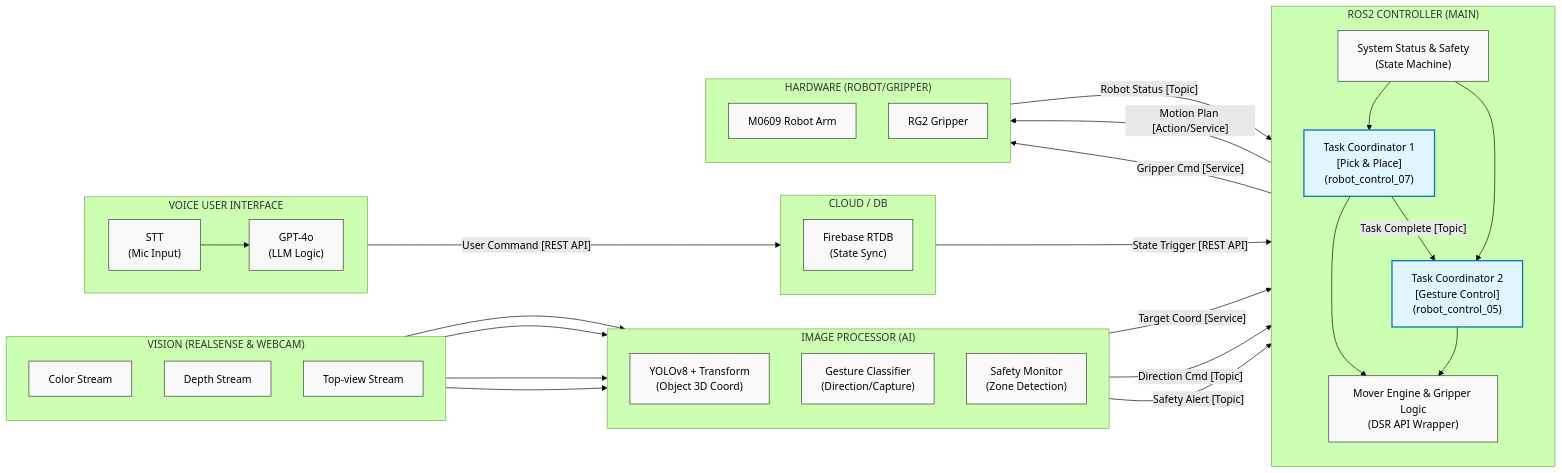
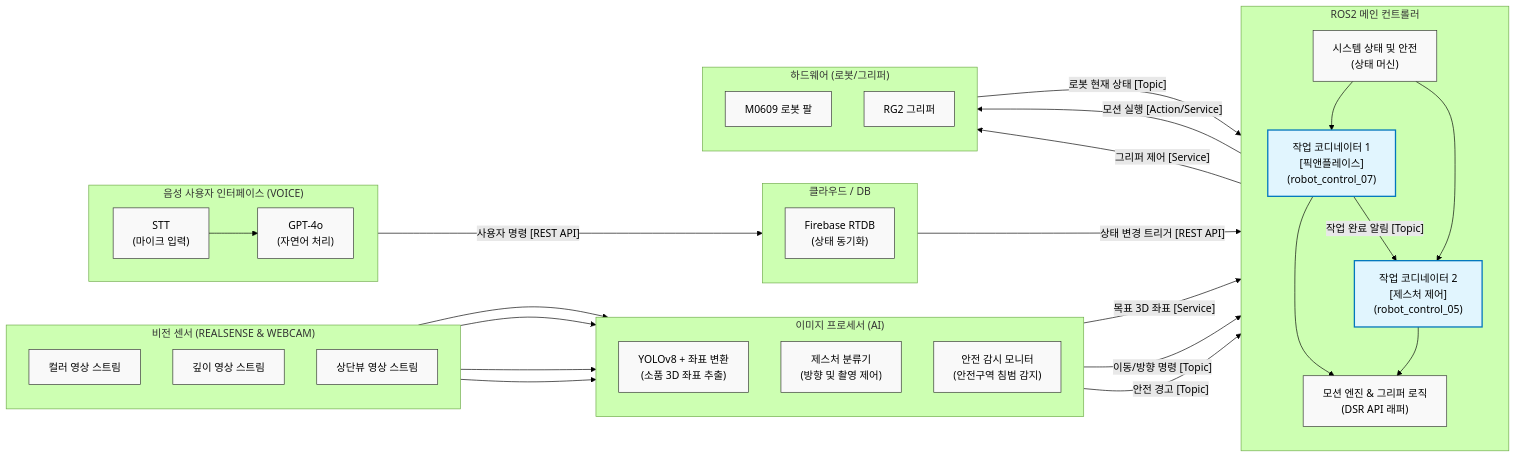
The diagram in docs/ARCHITECTURE_DIAGRAM.md (yoonseonjae/cobot2_0525), drawn with Mermaid (forest theme) before and after one commit.

Commit message:
docs: translate architecture diagram to Korean

````diff
--- a/docs/ARCHITECTURE_DIAGRAM.md
+++ b/docs/ARCHITECTURE_DIAGRAM.md
@@ -5,76 +5,76 @@
 ```mermaid
 flowchart LR
     %% 통신 방식 범례
     %% 주황색: Topic, 초록색: Service, 파란색: Action, 보라색: REST API
     classDef default fill:#f9f9f9,stroke:#333,stroke-width:1px;
     classDef coord fill:#e1f5fe,stroke:#0277bd,stroke-width:2px;
 
-    subgraph VOICE["VOICE USER INTERFACE"]
+    subgraph VOICE["음성 사용자 인터페이스 (VOICE)"]
         direction LR
-        STT["STT\n(Mic Input)"] --> GPT["GPT-4o\n(LLM Logic)"]
+        STT["STT\n(마이크 입력)"] --> GPT["GPT-4o\n(자연어 처리)"]
     end
 
-    subgraph VISION["VISION (REALSENSE & WEBCAM)"]
+    subgraph VISION["비전 센서 (REALSENSE & WEBCAM)"]
         direction TB
-        RS_C["Color Stream"]
-        RS_D["Depth Stream"]
-        WEB_C["Top-view Stream"]
+        RS_C["컬러 영상 스트림"]
+        RS_D["깊이 영상 스트림"]
+        WEB_C["상단뷰 영상 스트림"]
     end
 
-    subgraph IMG_PROC["IMAGE PROCESSOR (AI)"]
+    subgraph IMG_PROC["이미지 프로세서 (AI)"]
         direction TB
-        YOLO["YOLOv8 + Transform\n(Object 3D Coord)"]
-        GES["Gesture Classifier\n(Direction/Capture)"]
-        SAFE["Safety Monitor\n(Zone Detection)"]
+        YOLO["YOLOv8 + 좌표 변환\n(소품 3D 좌표 추출)"]
+        GES["제스처 분류기\n(방향 및 촬영 제어)"]
+        SAFE["안전 감시 모니터\n(안전구역 침범 감지)"]
     end
 
-    subgraph CLOUD["CLOUD / DB"]
+    subgraph CLOUD["클라우드 / DB"]
         direction TB
-        FB["Firebase RTDB\n(State Sync)"]
+        FB["Firebase RTDB\n(상태 동기화)"]
     end
 
-    subgraph CTRL["ROS2 CONTROLLER (MAIN)"]
+    subgraph CTRL["ROS2 메인 컨트롤러"]
         direction TB
-        TC1["Task Coordinator 1\n[Pick & Place]\n(robot_control_07)"]:::coord
-        TC2["Task Coordinator 2\n[Gesture Control]\n(robot_control_05)"]:::coord
-        MVR["Mover Engine & Gripper Logic\n(DSR API Wrapper)"]
-        STAT["System Status & Safety\n(State Machine)"]
+        TC1["작업 코디네이터 1\n[픽앤플레이스]\n(robot_control_07)"]:::coord
+        TC2["작업 코디네이터 2\n[제스처 제어]\n(robot_control_05)"]:::coord
+        MVR["모션 엔진 & 그리퍼 로직\n(DSR API 래퍼)"]
+        STAT["시스템 상태 및 안전\n(상태 머신)"]
         
         TC1 --> MVR
         TC2 --> MVR
         STAT --> TC1
         STAT --> TC2
     end
 
-    subgraph HW["HARDWARE (ROBOT/GRIPPER)"]
+    subgraph HW["하드웨어 (로봇/그리퍼)"]
         direction TB
-        ARM["M0609 Robot Arm"]
-        GRP["RG2 Gripper"]
+        ARM["M0609 로봇 팔"]
+        GRP["RG2 그리퍼"]
     end
 
     %% 내부 연결 (비전 -> AI)
     RS_C --> YOLO
     RS_D --> YOLO
     RS_C --> GES
     WEB_C --> SAFE
 
     %% 컴포넌트 간 외부 통신 (라벨에 통신 타입 명시)
-    GPT -- "User Command [REST API]" --> FB
-    FB -- "State Trigger [REST API]" --> TC1
+    GPT -- "사용자 명령 [REST API]" --> FB
+    FB -- "상태 변경 트리거 [REST API]" --> TC1
     
-    YOLO -- "Target Coord [Service]" --> TC1
-    GES -- "Direction Cmd [Topic]" --> TC2
-    SAFE -- "Safety Alert [Topic]" --> STAT
+    YOLO -- "목표 3D 좌표 [Service]" --> TC1
+    GES -- "이동/방향 명령 [Topic]" --> TC2
+    SAFE -- "안전 경고 [Topic]" --> STAT
     
-    TC1 -- "Task Complete [Topic]" --> TC2
+    TC1 -- "작업 완료 알림 [Topic]" --> TC2
     
-    MVR -- "Motion Plan [Action/Service]" --> ARM
-    MVR -- "Gripper Cmd [Service]" --> GRP
+    MVR -- "모션 실행 [Action/Service]" --> ARM
+    MVR -- "그리퍼 제어 [Service]" --> GRP
     
-    ARM -- "Robot Status [Topic]" --> STAT
+    ARM -- "로봇 현재 상태 [Topic]" --> STAT
 
     %% 스타일 적용 팁:
     %% - Topic: 주로 스트림성 데이터 (영상, 제스처, 상태)
     %% - Service: 즉각적인 요청/응답 (3D 좌표 계산, 그리퍼 제어)
     %% - REST API: 인터넷을 통한 상태 동기화 (Firebase)
 ```
````
